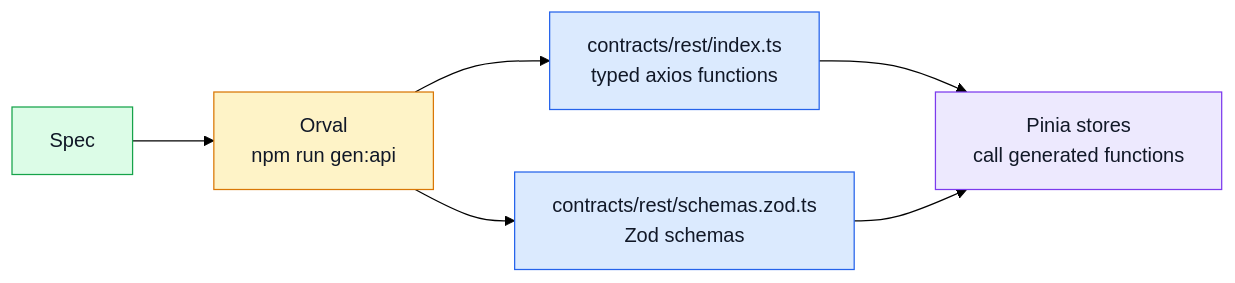
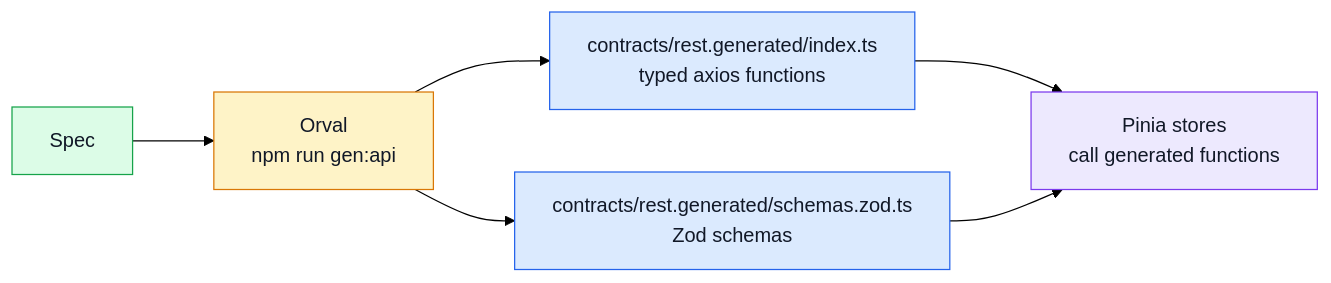
One commit to Guebbit/boilerplate-vue-frontend changed the diagram in docs/api/index.md. Above: the diagram before and after it, drawn with Mermaid (forest theme). The commit also changed other lines of this file and 99 other files, not shown here.

First line of the commit message:
refactor(contracts): mark every generated output with a .generated name

````diff
--- a/docs/api/index.md
+++ b/docs/api/index.md
@@ -7,18 +7,18 @@
 ```mermaid
 %%{init: {'flowchart': {'nodeSpacing': 50, 'rankSpacing': 65}}}%%
 flowchart LR
     Spec --> Generate[Orval\nnpm run gen:api]
-    Generate --> Client[contracts/rest/index.ts\ntyped axios functions]
-    Generate --> Schemas[contracts/rest/schemas.zod.ts\nZod schemas]
+    Generate --> Client[contracts/rest.generated/index.ts\ntyped axios functions]
+    Generate --> Schemas[contracts/rest.generated/schemas.zod.ts\nZod schemas]
     Client --> Stores[Pinia stores\ncall generated functions]
     Schemas --> Stores
 
     classDef contract fill:#dcfce7,stroke:#16a34a,color:#111827;
     classDef tooling fill:#fef3c7,stroke:#d97706,color:#111827;
     classDef generated fill:#dbeafe,stroke:#2563eb,color:#111827;
     classDef app fill:#ede9fe,stroke:#7c3aed,color:#111827;
     class Spec contract;
     class Generate tooling;
     class Client,Schemas generated;
     class Stores app;
 ```
````
